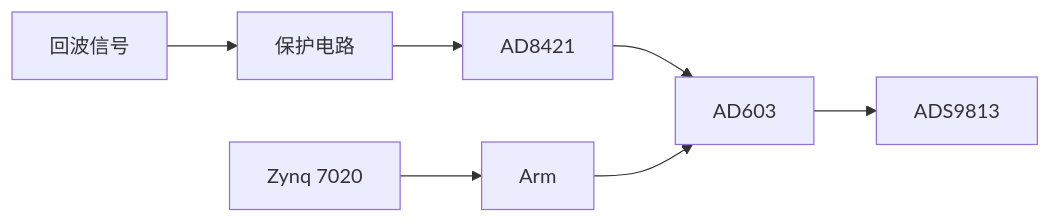
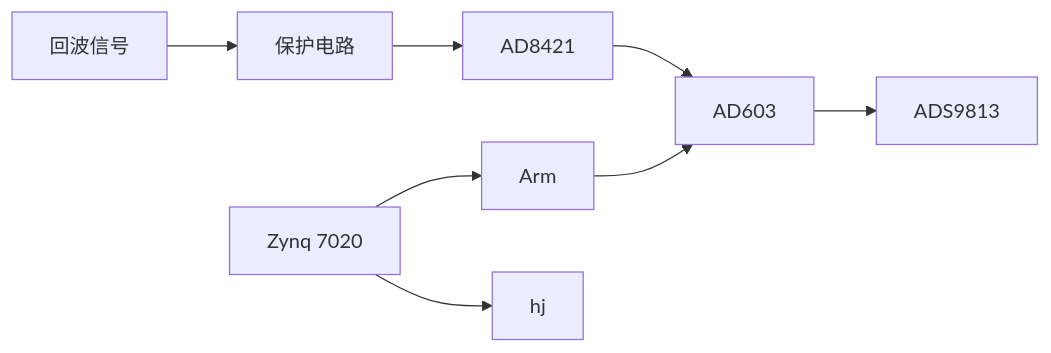
The diagram in all/多通道同步采集-1.md (Rukawa15/iodraw-files), drawn with Mermaid before and after one commit.

Commit message:
2025-06-18 23:23:07 update

````diff
--- a/all/多通道同步采集-1.md
+++ b/all/多通道同步采集-1.md
@@ -1,8 +1,8 @@
 ```mermaid
 graph LR
 A[回波信号] --> B[保护电路]
 B --> C[AD8421] -->D[AD603]
 E[Zynq 7020] --> G[Arm] --> D
 D --> F[ADS9813]
-E
+E --> hj
 ```
````
